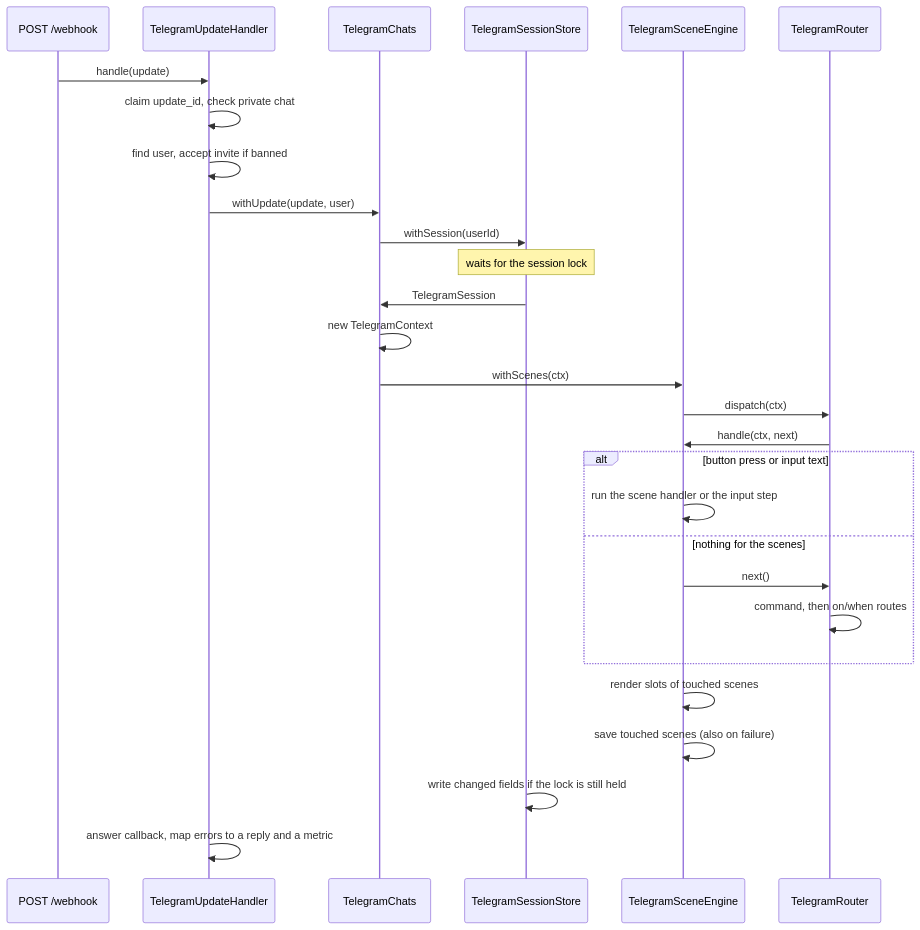
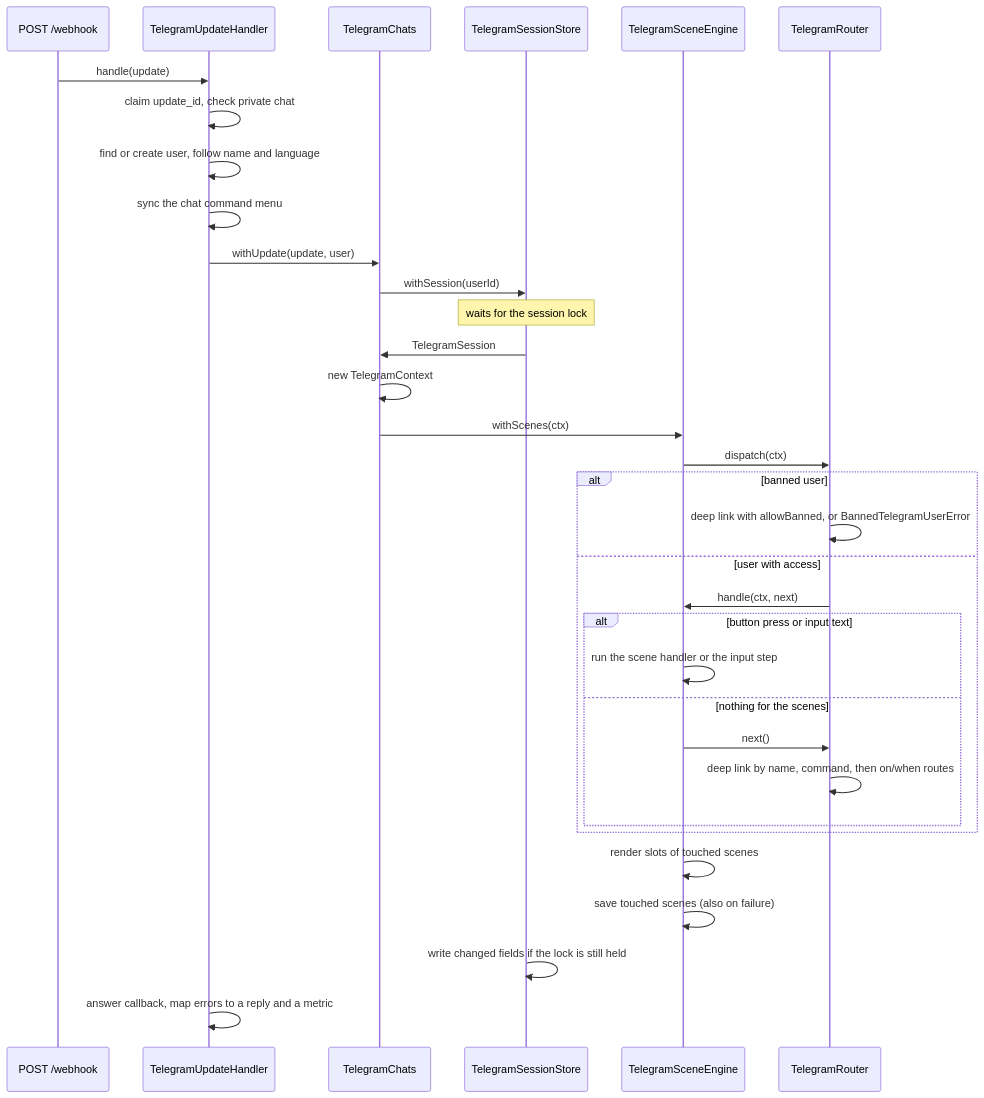
The second of 7 diagrams in apps/server/src/plugins/app/telegram/README.md (ayuvlasenko/smart-assistant), drawn with Mermaid before and after one commit. The commit also changed other lines of this file and 5 other files, not shown here.

````diff
--- a/apps/server/src/plugins/app/telegram/README.md
+++ b/apps/server/src/plugins/app/telegram/README.md
@@ -42,31 +42,36 @@
 ```mermaid
 sequenceDiagram
     participant R as POST /webhook
     participant H as TelegramUpdateHandler
     participant C as TelegramChats
     participant S as TelegramSessionStore
     participant E as TelegramSceneEngine
     participant Rt as TelegramRouter
 
     R->>H: handle(update)
     H->>H: claim update_id, check private chat
-    H->>H: find user, accept invite if banned
+    H->>H: find or create user, follow name and language
+    H->>H: sync the chat command menu
     H->>C: withUpdate(update, user)
     C->>S: withSession(userId)
     Note over S: waits for the session lock
     S->>C: TelegramSession
     C->>C: new TelegramContext
     C->>E: withScenes(ctx)
     E->>Rt: dispatch(ctx)
-    Rt->>E: handle(ctx, next)
-    alt button press or input text
-        E->>E: run the scene handler or the input step
-    else nothing for the scenes
-        E->>Rt: next()
-        Rt->>Rt: command, then on/when routes
+    alt banned user
+        Rt->>Rt: deep link with allowBanned, or BannedTelegramUserError
+    else user with access
+        Rt->>E: handle(ctx, next)
+        alt button press or input text
+            E->>E: run the scene handler or the input step
+        else nothing for the scenes
+            E->>Rt: next()
+            Rt->>Rt: deep link by name, command, then on/when routes
+        end
     end
     E->>E: render slots of touched scenes
     E->>E: save touched scenes (also on failure)
     S->>S: write changed fields if the lock is still held
     H->>H: answer callback, map errors to a reply and a metric
 ```
````
